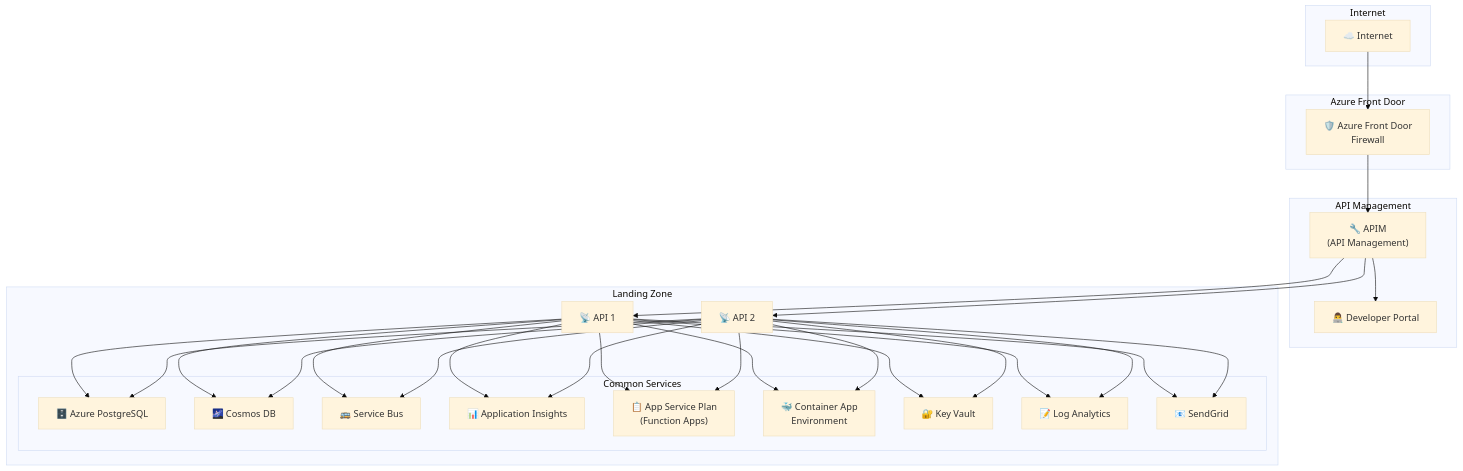
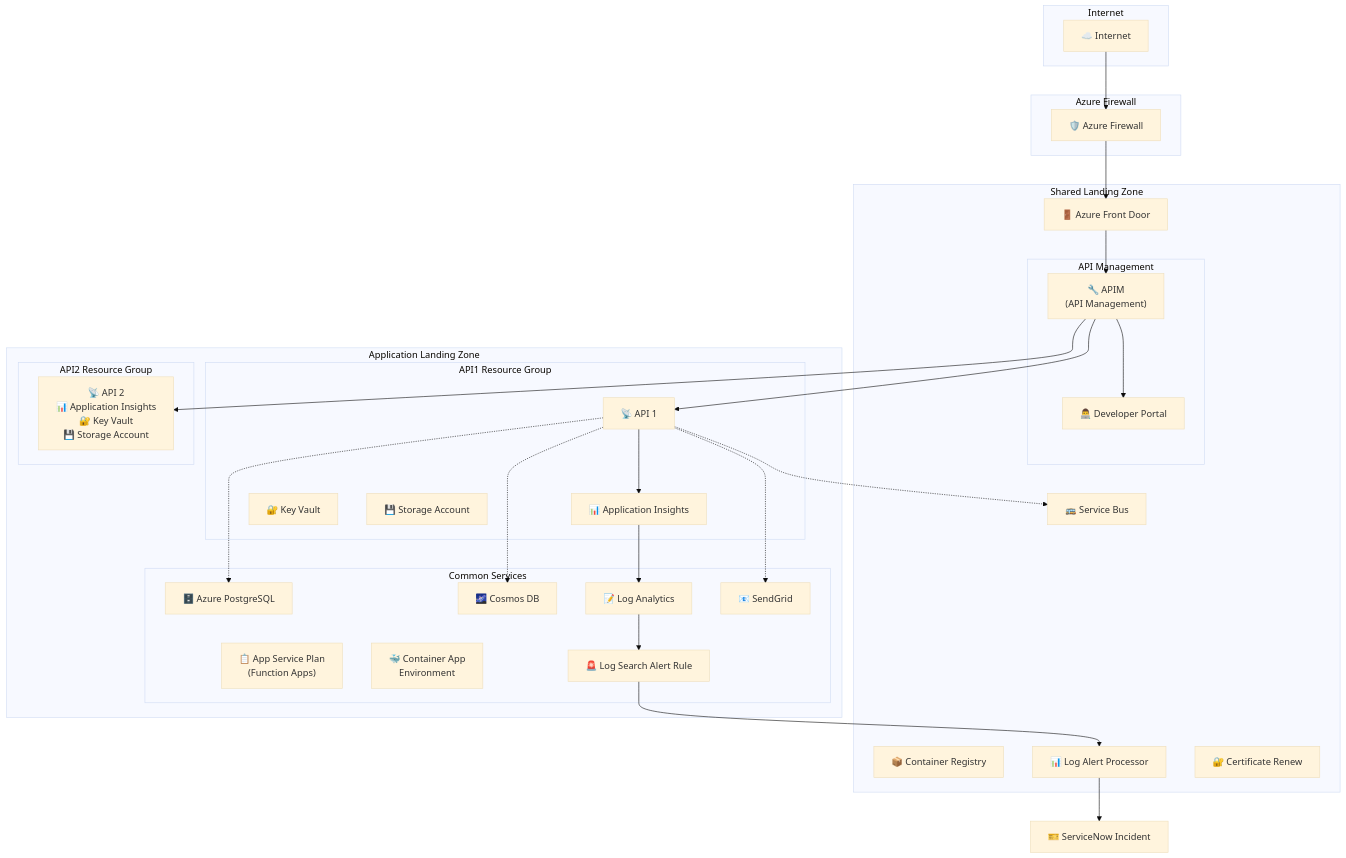
One commit to terchris/urbalurba-infrastructure changed the first of 2 diagrams in doc/presentation/azure/landing-zone.md. Above: the diagram before and after it, drawn with Mermaid (base theme). The commit also changed other lines of this file and 77 other files, not shown here.

````diff
--- a/doc/presentation/azure/landing-zone.md
+++ b/doc/presentation/azure/landing-zone.md
@@ -3,58 +5,66 @@
 ```mermaid
 graph TB
     subgraph "Internet"
         CLOUD["☁️ Internet"]
     end
     
-    subgraph "Azure Front Door"
-        FIREWALL["🛡️ Azure Front Door<br/>Firewall"]
+    subgraph "Azure Firewall"
+        FIREWALL["🛡️ Azure Firewall"]
     end
     
-    subgraph "API Management"
-        APIM["🔧 APIM<br/>(API Management)"]
-        PORTAL["👨‍💻 Developer Portal"]
+    SERVICENOW["🎫 ServiceNow Incident"]
+    
+    subgraph "Shared Landing Zone"
+        FRONTDOOR["🚪 Azure Front Door"]
+        SERVICEBUS["🚌 Service Bus"]
+        REGISTRY["📦 Container Registry"]
+        DANIELLOG["📊 Log Alert Processor"]
+        CERTRENEW["🔐 Certificate Renew"]
+        
+        subgraph "API Management"
+            APIM["🔧 APIM<br/>(API Management)"]
+            PORTAL["👨‍💻 Developer Portal"]
+        end
     end
     
-    subgraph "Landing Zone"
-        API1["📡 API 1"]
-        API2["📡 API 2"]
+    subgraph "Application Landing Zone"
+        subgraph "API1 Resource Group"
+            API1["📡 API 1"]
+            INSIGHTS1["📊 Application Insights"]
+            VAULT1["🔐 Key Vault"]
+            STORAGE1["💾 Storage Account"]
+        end
+        
+        subgraph "API2 Resource Group"
+            API2["📡 API 2<br/>📊 Application Insights<br/>🔐 Key Vault<br/>💾 Storage Account"]
+        end
         
         subgraph "Common Services"
             POSTGRES["🗄️ Azure PostgreSQL"]
             COSMOS["🌌 Cosmos DB"]
-            SERVICEBUS["🚌 Service Bus"]
-            INSIGHTS["📊 Application Insights"]
             PLAN["📋 App Service Plan<br/>(Function Apps)"]
             CONTAINER["🐳 Container App<br/>Environment"]
-            VAULT["🔐 Key Vault"]
             LOGS["📝 Log Analytics"]
+            ALERTS["🚨 Log Search Alert Rule"]
             SENDGRID["📧 SendGrid"]
         end
     end
     
     %% Connections
     CLOUD --> FIREWALL
-    FIREWALL --> APIM
+    FIREWALL --> FRONTDOOR
+    FRONTDOOR --> APIM
     APIM --> PORTAL
     APIM --> API1
     APIM --> API2
     
-    API1 --> POSTGRES
-    API1 --> COSMOS
-    API1 --> SERVICEBUS
-    API1 --> INSIGHTS
-    API1 --> PLAN
-    API1 --> CONTAINER
-    API1 --> VAULT
-    API1 --> LOGS
-    API1 --> SENDGRID
-    API2 --> POSTGRES
-    API2 --> COSMOS
-    API2 --> SERVICEBUS
-    API2 --> INSIGHTS
-    API2 --> PLAN
-    API2 --> CONTAINER
-    API2 --> VAULT
-    API2 --> LOGS
-    API2 --> SENDGRID
+    API1 -.-> POSTGRES
+    API1 -.-> COSMOS
+    API1 -.-> SERVICEBUS
+    API1 --> INSIGHTS1
+    INSIGHTS1 --> LOGS
+    LOGS --> ALERTS
+    ALERTS --> DANIELLOG
+    DANIELLOG --> SERVICENOW
+    API1 -.-> SENDGRID
 ```
````
